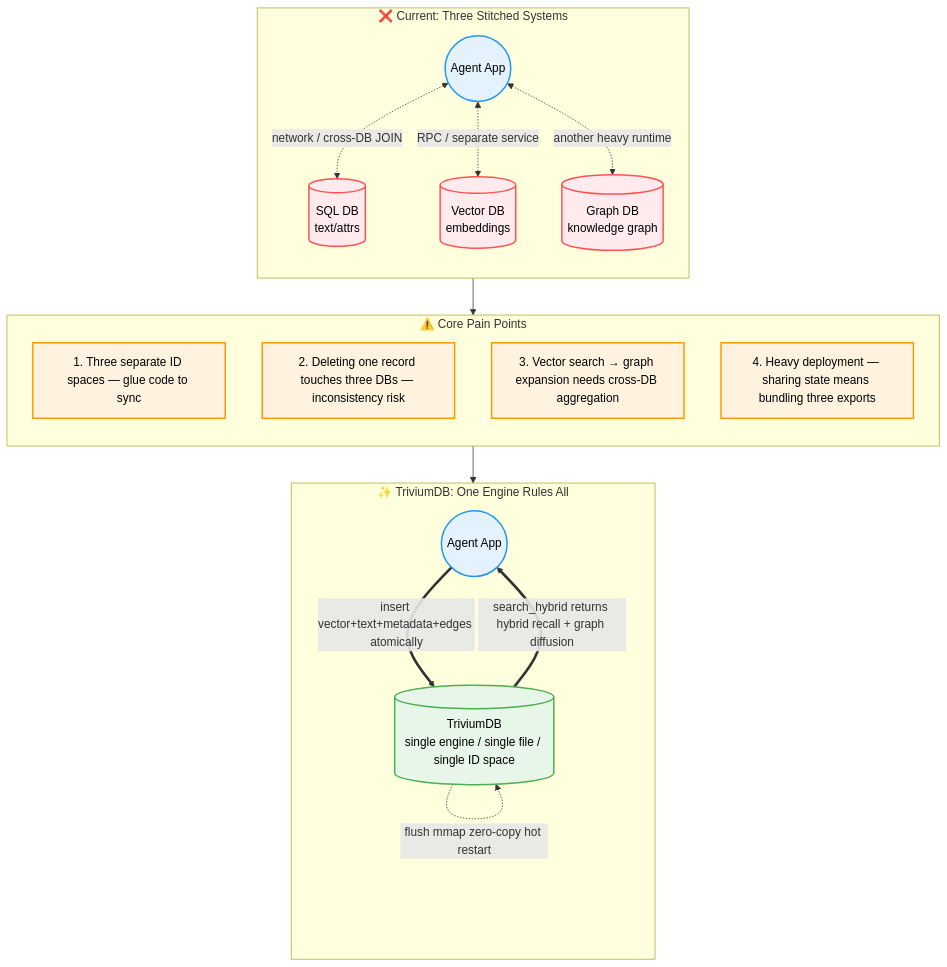
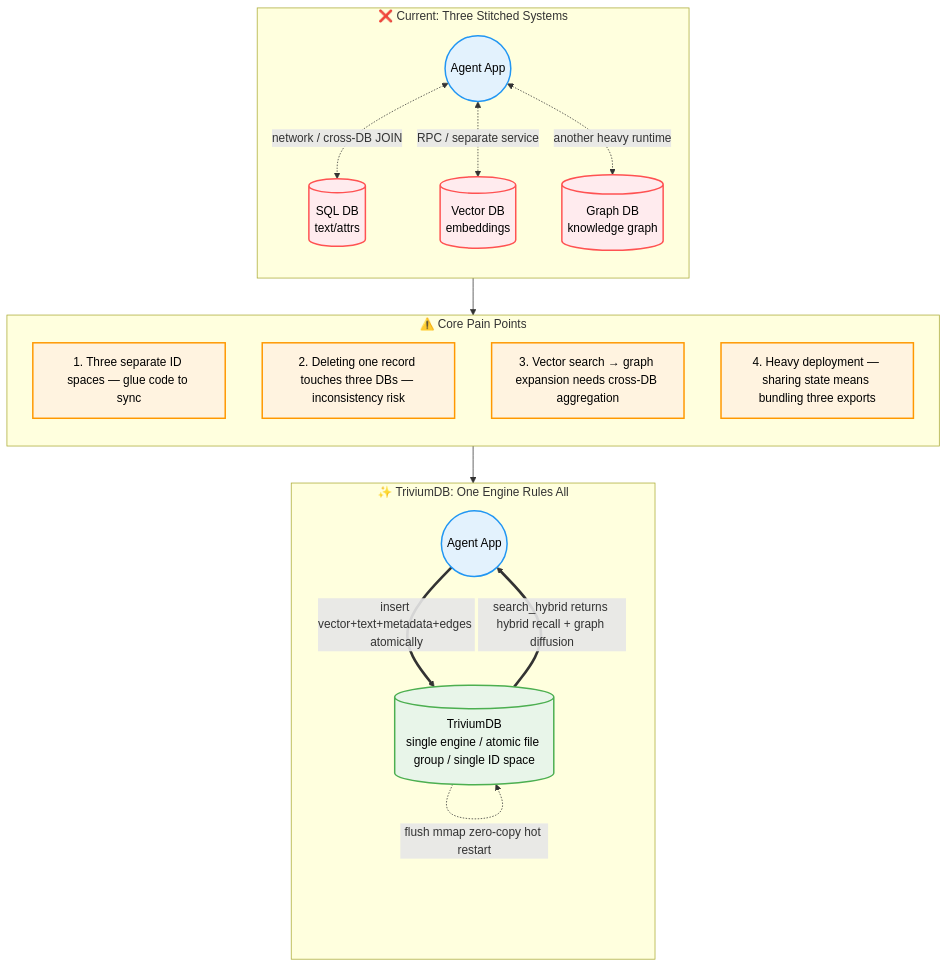
The diagram in README_EN.md (YoKONCy/TriviumDB), drawn with Mermaid before and after one commit. The commit also changed other lines of this file and 504 other files, not shown here.

````diff
--- a/README_EN.md
+++ b/README_EN.md
@@ -80,41 +82,41 @@
 ```mermaid
 flowchart TD
     classDef old fill:#ffebee,stroke:#ff5252,stroke-width:2px,color:#000;
     classDef new fill:#e8f5e9,stroke:#4caf50,stroke-width:2px,color:#000;
     classDef app fill:#e3f2fd,stroke:#2196f3,stroke-width:2px,color:#000;
     classDef warning fill:#fff3e0,stroke:#ff9800,stroke-width:2px,color:#000;
 
     subgraph Current ["❌ Current: Three Stitched Systems"]
         direction TB
         App1((Agent App)):::app
         DB1[(SQL DB<br/>text/attrs)]:::old
         DB2[(Vector DB<br/>embeddings)]:::old
         DB3[(Graph DB<br/>knowledge graph)]:::old
 
         App1 <-.network / cross-DB JOIN.-> DB1
         App1 <-.RPC / separate service.-> DB2
         App1 <-.another heavy runtime.-> DB3
     end
 
     subgraph Pain ["⚠️ Core Pain Points"]
         direction TB
         P1[1. Three separate ID spaces — glue code to sync]:::warning
         P2[2. Deleting one record touches three DBs — inconsistency risk]:::warning
         P3[3. Vector search → graph expansion needs cross-DB aggregation]:::warning
         P4[4. Heavy deployment — sharing state means bundling three exports]:::warning
     end
 
     Current --> Pain
 
     subgraph Solution ["✨ TriviumDB: One Engine Rules All"]
         direction TB
         App2((Agent App)):::app
-        TV[(TriviumDB<br/>single engine / single file / single ID space)]:::new
+        TV[(TriviumDB<br/>single engine / atomic file group / single ID space)]:::new
 
         App2 ==insert vector+text+metadata+edges atomically==> TV
         TV ==search_hybrid returns hybrid recall + graph diffusion==> App2
         TV -.flush mmap zero-copy hot restart.-> TV
     end
 
     Pain --> Solution
 ```
````
